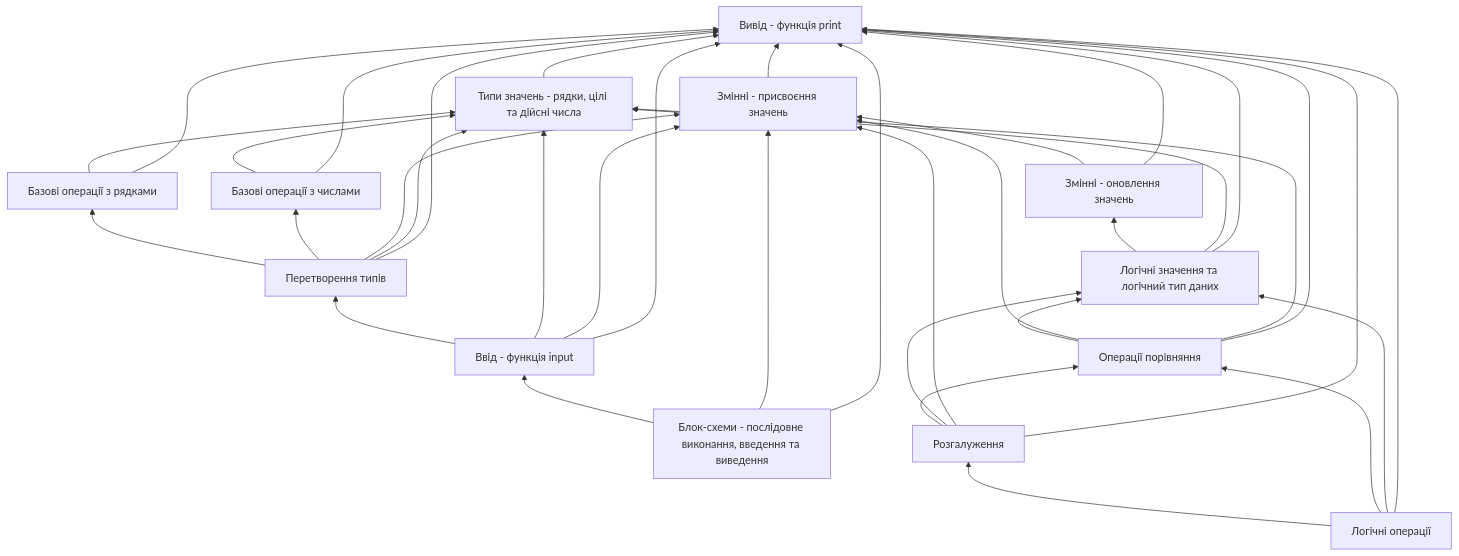
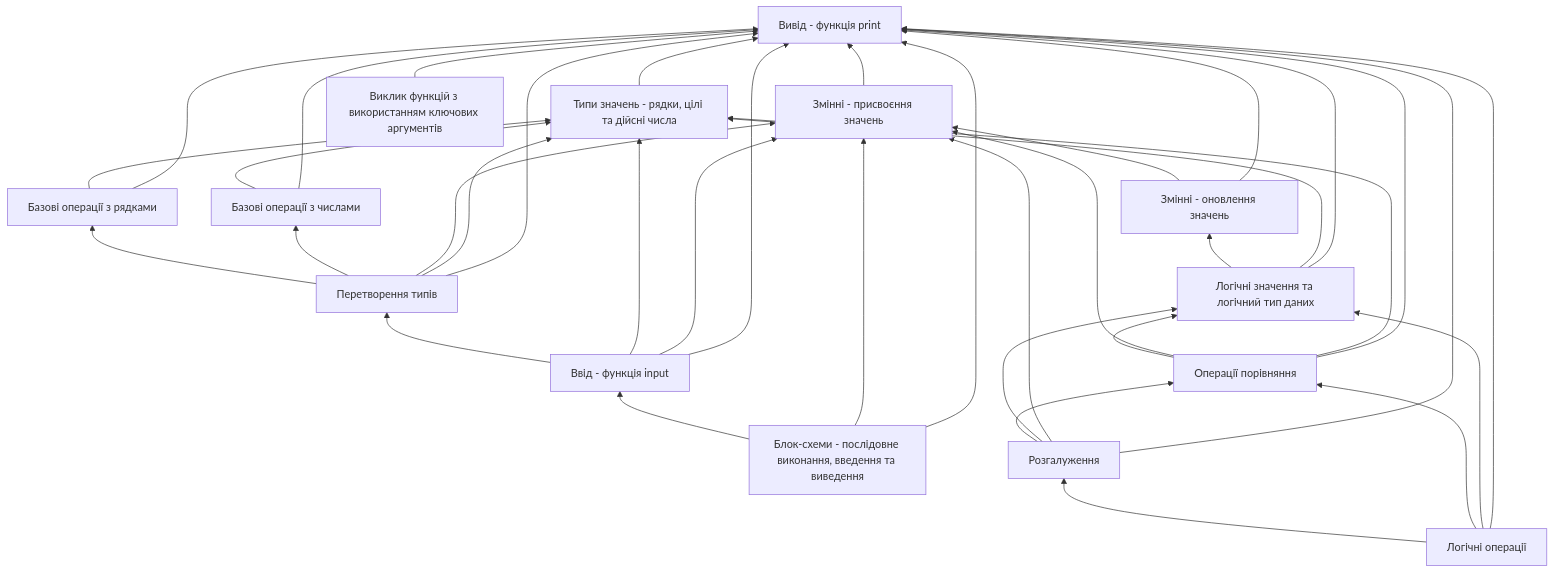
One commit to EugeneLoy/python-handbook changed the diagram in Залежності.md. Above: the diagram before and after it, drawn with Mermaid. The commit also changed 2 other files, not shown here.

Commit message:
added article on kw args

````diff
--- a/Залежності.md
+++ b/Залежності.md
@@ -5,52 +5,54 @@
 ```mermaid
 graph BT
     A["Вивід - функція print"] 
     B["Типи значень - рядки, цілі та дійсні числа"]
     C["Змінні - присвоєння значень"]
     D["Змінні - оновлення значень"]
     E["Базові операції з числами"]
     F["Базові операції з рядками"]
     G["Перетворення типів"]
     H["Ввід - функція input"]
     I["Блок-схеми - послідовне виконання, введення та виведення"]
     J["Логічні значення та логічний тип даних"]
     K["Операції порівняння"]
     L["Логічні операції"]
     M["Розгалуження"]
+    N["Виклик функцій з використанням ключових аргументів"]
     
     B --> A
     C --> A
     D --> A
     D --> C
     E --> A
     E --> B
     F --> A
     F --> B
     G --> A
     G --> B
     G --> C
     G --> E
     G --> F
     H --> A
     H --> C
     H --> B
     H --> G
     I --> A
     I --> C
     I --> H
     J --> A
     J --> B
     J --> D
     K --> A
     K --> B
     K --> C
     K --> J
     L --> A
     L --> J
     L --> K
     L --> M
     M --> A
     M --> C
     M --> J
     M --> K
+    N --> A
 ```
````
